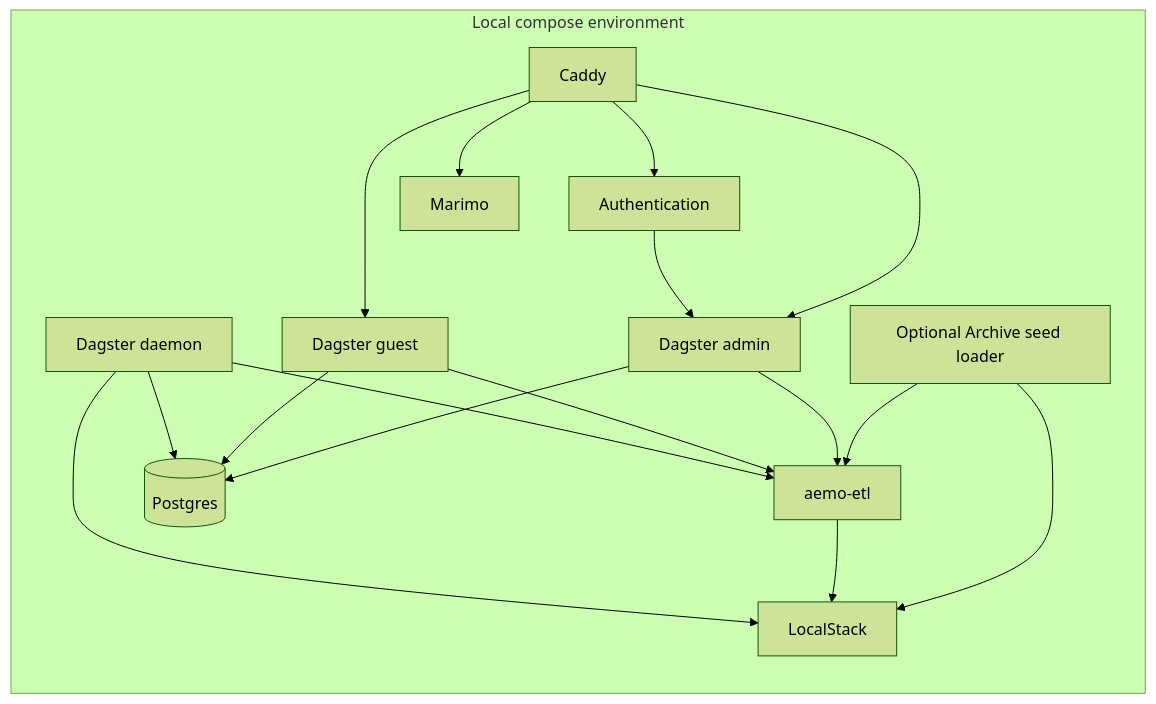
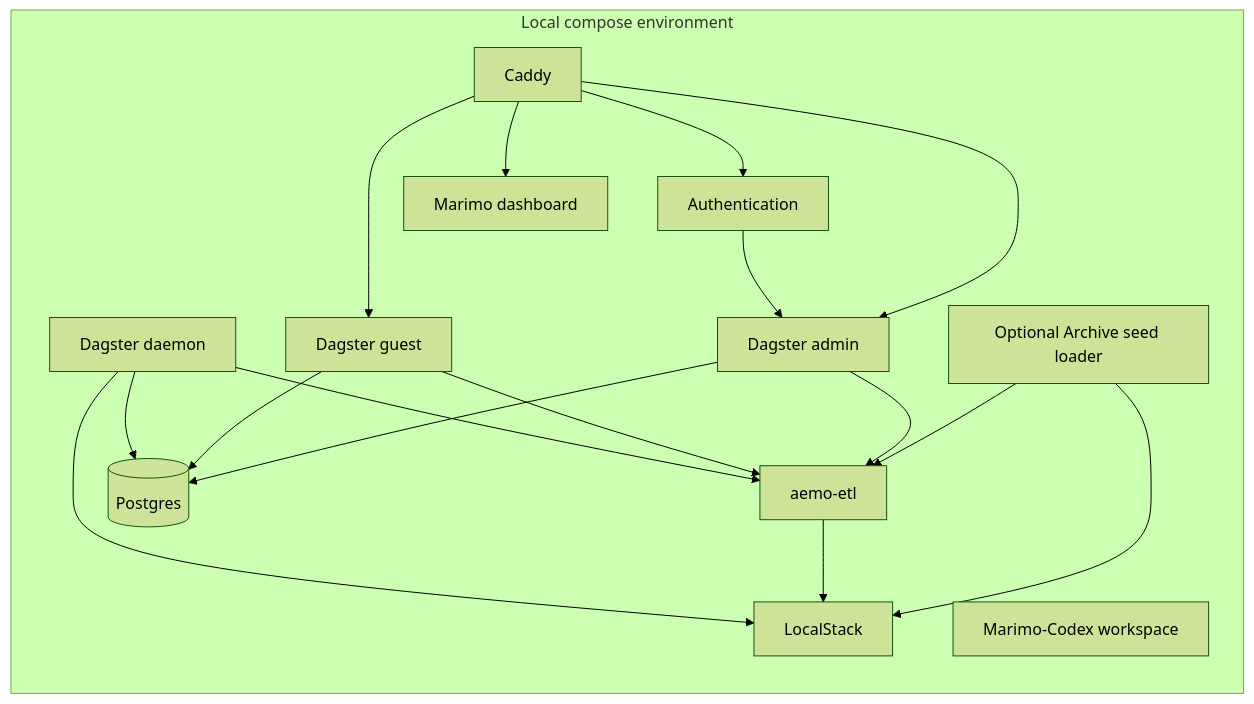
Before and after one commit to Chr1sC0de/energy-market-delta-lake: the second of 2 diagrams in docs/repository/architecture.md, drawn with Mermaid (forest theme). The commit also changed other lines of this file and 14 other files, not shown here.

Commit message:
Implement issue #123: Split local Marimo dashboard and Marimo-Codex workspace images

````diff
--- a/docs/repository/architecture.md
+++ b/docs/repository/architecture.md
@@ -78,31 +78,32 @@
 ```mermaid
 flowchart LR
   subgraph Local[Local compose environment]
     CADDY[Caddy]
     AUTH[Authentication]
     ADMIN[Dagster admin]
     GUEST[Dagster guest]
     DAEMON[Dagster daemon]
     SEED[Optional Archive seed loader]
     USERCODE[aemo-etl]
     LS[LocalStack]
     PG[(Postgres)]
-    MARIMO[Marimo]
+    MARIMO_DASH[Marimo dashboard]
+    MARIMO_CODEX[Marimo-Codex workspace]
   end
 
   CADDY --> AUTH
   CADDY --> ADMIN
   CADDY --> GUEST
-  CADDY --> MARIMO
+  CADDY --> MARIMO_DASH
   AUTH --> ADMIN
   SEED --> LS
   SEED --> USERCODE
   ADMIN --> USERCODE
   GUEST --> USERCODE
   DAEMON --> USERCODE
   USERCODE --> LS
   DAEMON --> LS
   ADMIN --> PG
   GUEST --> PG
   DAEMON --> PG
 ```
````
